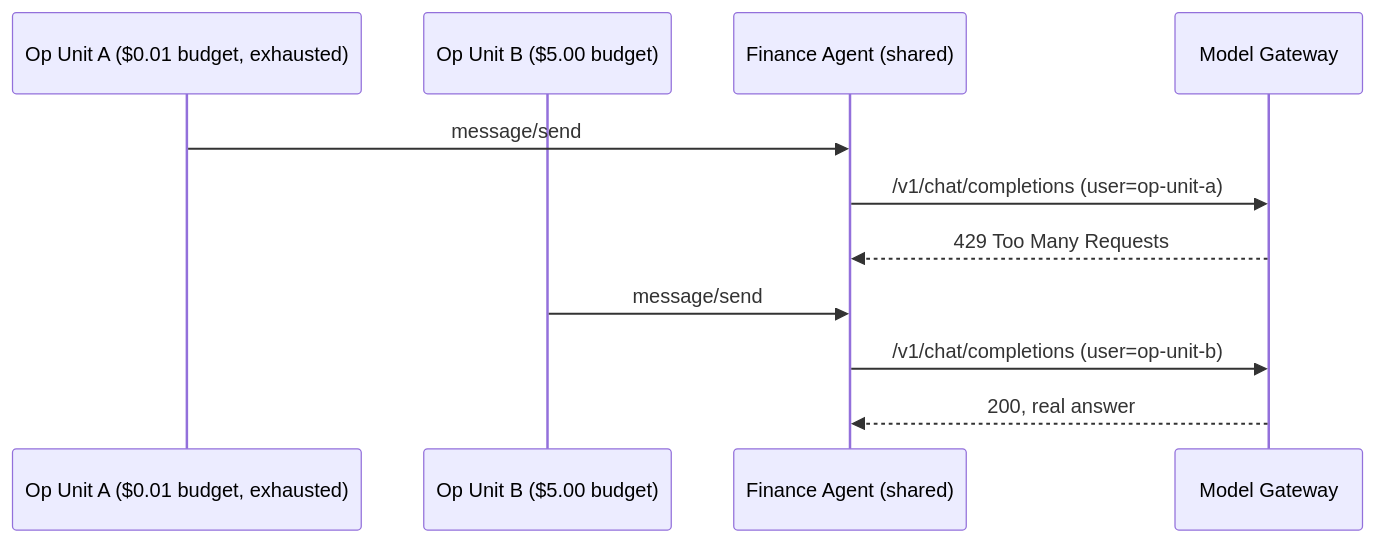
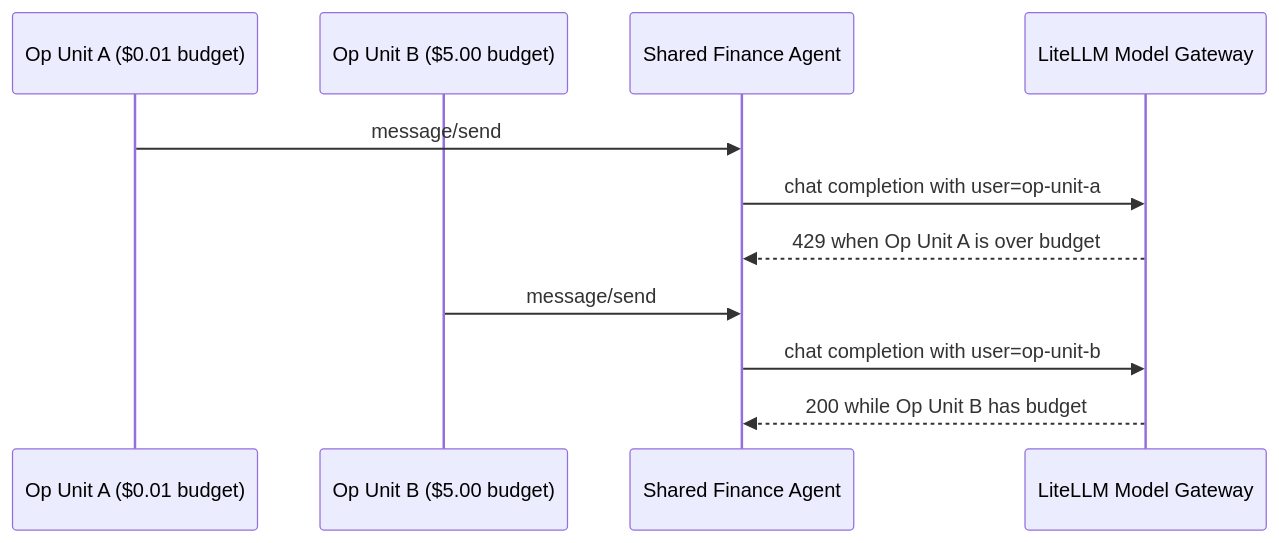
Before and after one commit to BerriAI/litellm-docs: the third of 3 diagrams in blog/ai_gateway_identity_and_finops/index.md, drawn with Mermaid. The commit also changed other lines of this file, not shown here.

Commit message:
Rewrite shared agent identity and FinOps blog for customers

````diff
--- a/blog/ai_gateway_identity_and_finops/index.md
+++ b/blog/ai_gateway_identity_and_finops/index.md
@@ -124,14 +155,14 @@
 ```mermaid
 sequenceDiagram
-    participant A as Op Unit A ($0.01 budget, exhausted)
+    participant A as Op Unit A ($0.01 budget)
     participant B as Op Unit B ($5.00 budget)
-    participant Agent as Finance Agent (shared)
-    participant MG as Model Gateway
+    participant Agent as Shared Finance Agent
+    participant MG as LiteLLM Model Gateway
 
     A->>Agent: message/send
-    Agent->>MG: /v1/chat/completions (user=op-unit-a)
-    MG-->>Agent: 429 Too Many Requests
+    Agent->>MG: chat completion with user=op-unit-a
+    MG-->>Agent: 429 when Op Unit A is over budget
     B->>Agent: message/send
-    Agent->>MG: /v1/chat/completions (user=op-unit-b)
-    MG-->>Agent: 200, real answer
+    Agent->>MG: chat completion with user=op-unit-b
+    MG-->>Agent: 200 while Op Unit B has budget
 ```
````
